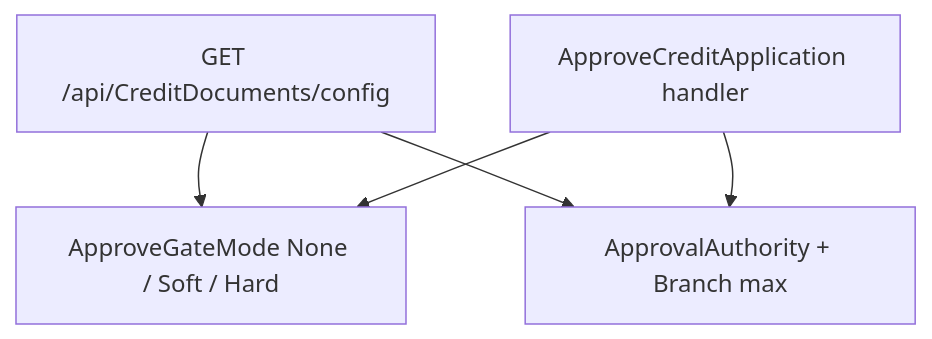
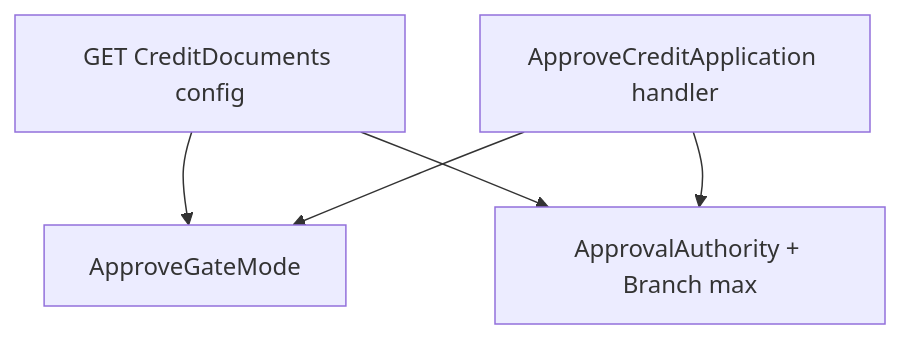
Before and after one commit to fdeniz07/BankApp: the first of 2 diagrams in docs/learning/en/30-approve-gate-authority.md, drawn with Mermaid. The commit also changed other lines of this file and 105 other files, not shown here.

First line of the commit message:
doc: Enrich learning chapters with labs, pitfalls, and safe Mermaid

````diff
--- a/docs/learning/en/30-approve-gate-authority.md
+++ b/docs/learning/en/30-approve-gate-authority.md
@@ -13,10 +15,10 @@
 ```mermaid
 flowchart TB
-  CFG[GET /api/CreditDocuments/config]
-  GATE[ApproveGateMode None / Soft / Hard]
+  CFG["GET CreditDocuments config"]
+  GATE["ApproveGateMode"]
   DOA[ApprovalAuthority + Branch max]
   CFG --> GATE
   CFG --> DOA
   APP[ApproveCreditApplication handler] --> GATE
   APP --> DOA
 ```
````
